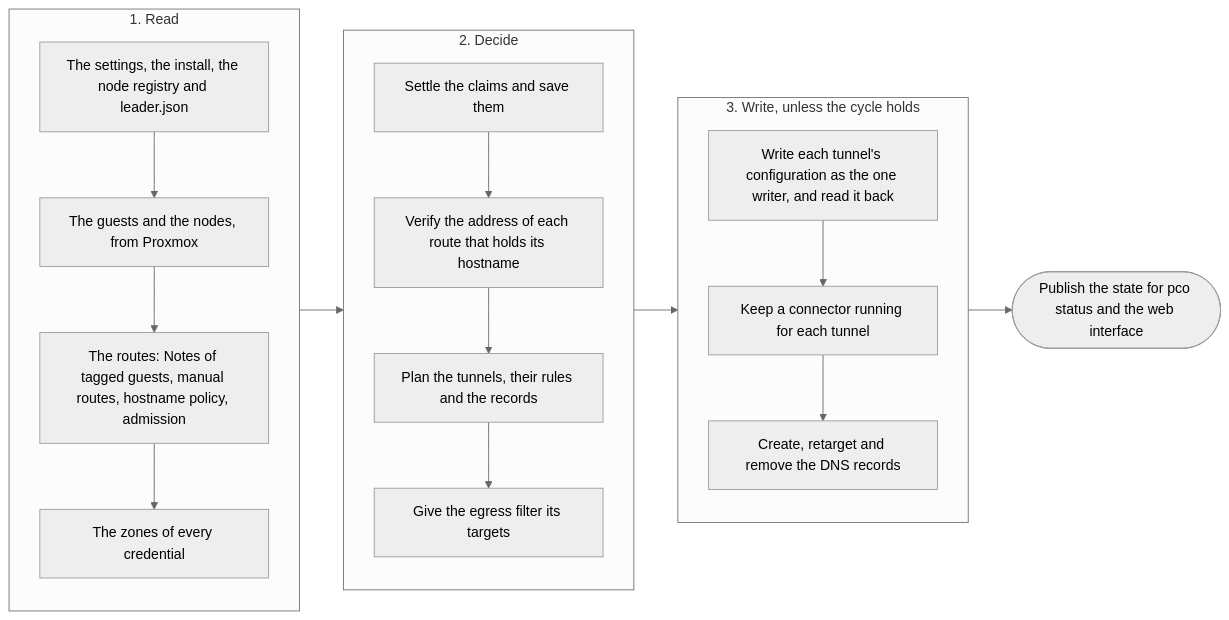
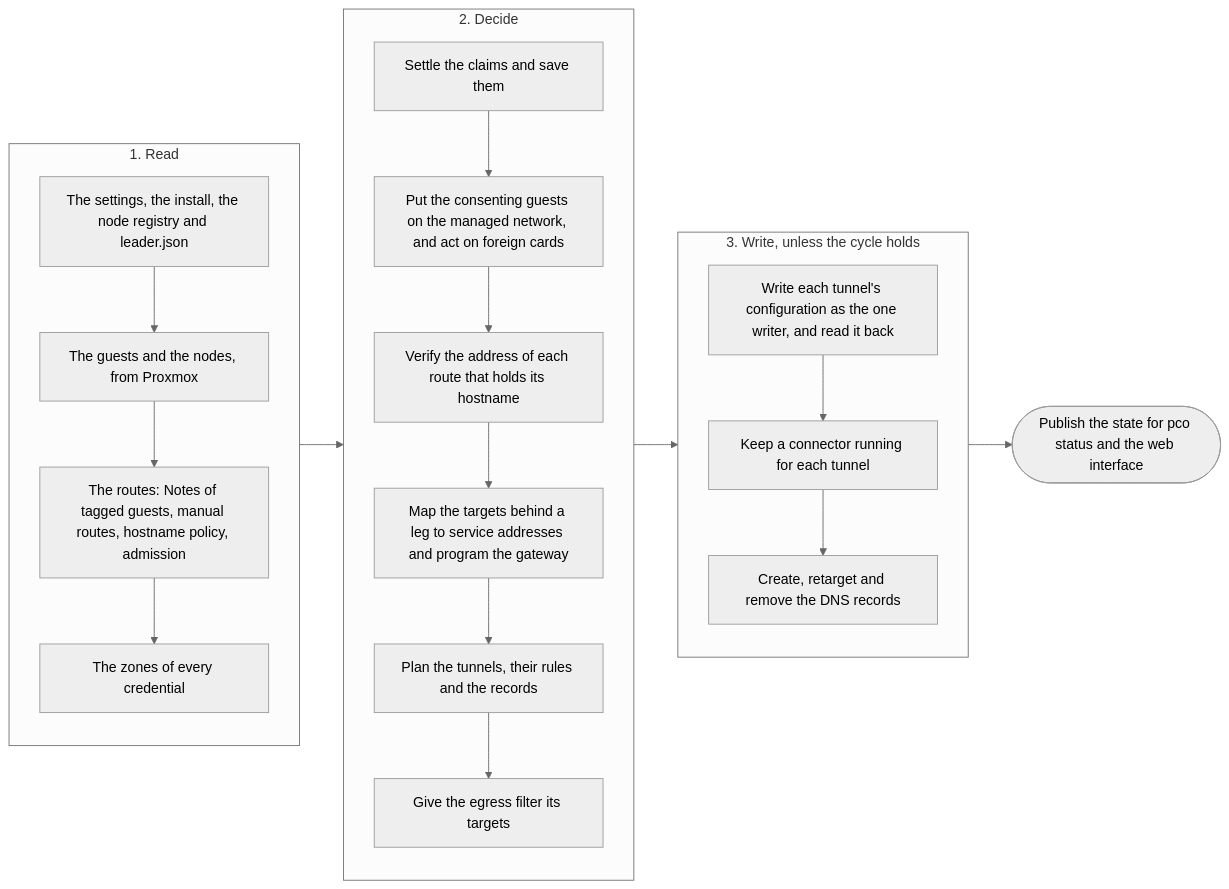
Before and after one commit to anaryk/proxmox-cloudflared-operator: the third of 5 diagrams in docs/architecture.md, drawn with Mermaid (neutral theme). The commit also changed other lines of this file and 5 other files, not shown here.

````diff
--- a/docs/architecture.md
+++ b/docs/architecture.md
@@ -320,21 +350,23 @@
 ```mermaid
 flowchart LR
     subgraph read["1. Read"]
         direction TB
         r1["The settings, the install, the node registry and leader.json"] --> r2["The guests and the nodes, from Proxmox"]
         r2 --> r3["The routes: Notes of tagged guests, manual routes, hostname policy, admission"]
         r3 --> r4["The zones of every credential"]
     end
     subgraph decide["2. Decide"]
         direction TB
-        d1["Settle the claims and save them"] --> d2["Verify the address of each route that holds its hostname"]
-        d2 --> d3["Plan the tunnels, their rules and the records"]
+        d1["Settle the claims and save them"] --> dm["Put the consenting guests on the managed network, and act on foreign cards"]
+        dm --> d2["Verify the address of each route that holds its hostname"]
+        d2 --> dg["Map the targets behind a leg to service addresses and program the gateway"]
+        dg --> d3["Plan the tunnels, their rules and the records"]
         d3 --> d4["Give the egress filter its targets"]
     end
     subgraph write["3. Write, unless the cycle holds"]
         direction TB
         w1["Write each tunnel's configuration as the one writer, and read it back"] --> w2["Keep a connector running for each tunnel"]
         w2 --> w3["Create, retarget and remove the DNS records"]
     end
     read --> decide --> write --> publish(["Publish the state for pco status and the web interface"])
 ```
````
